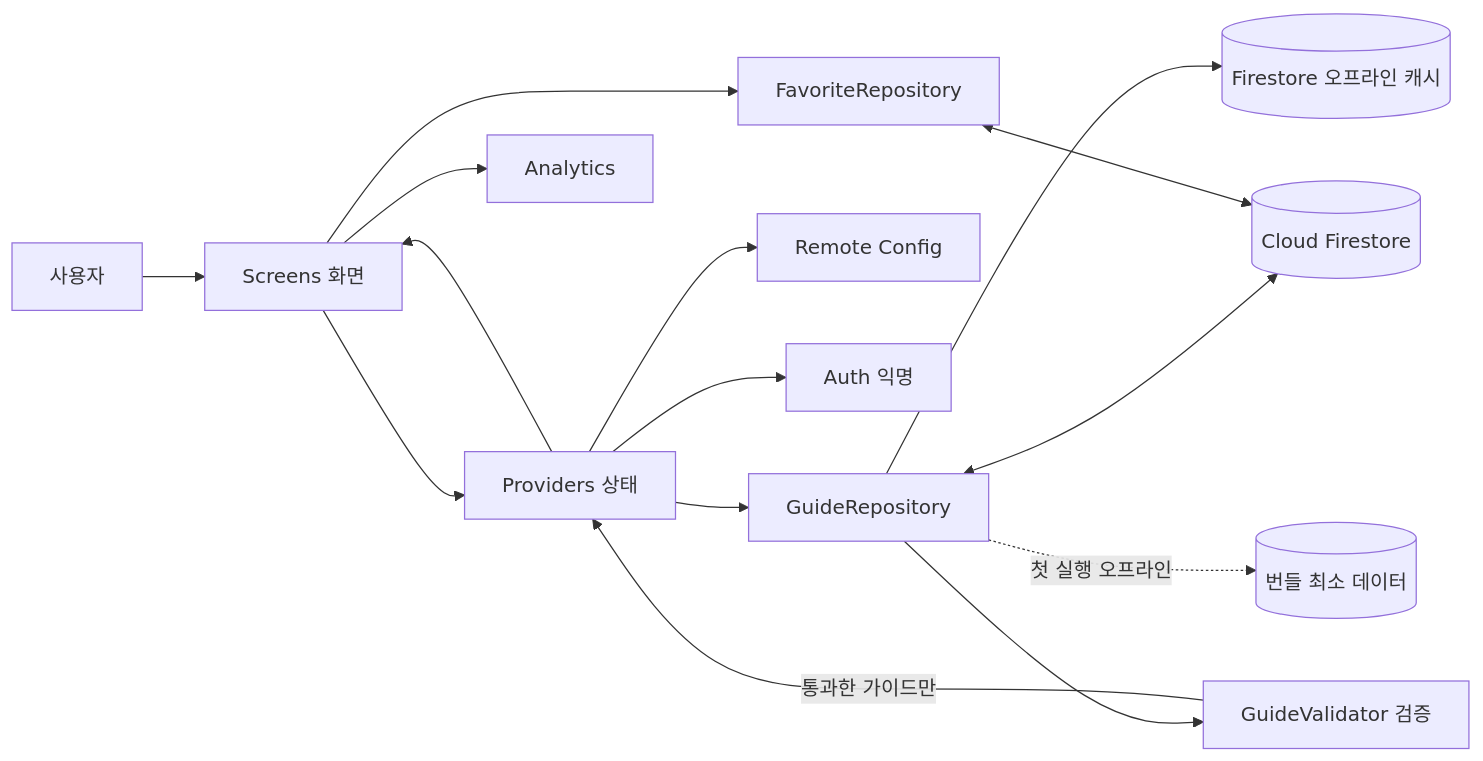
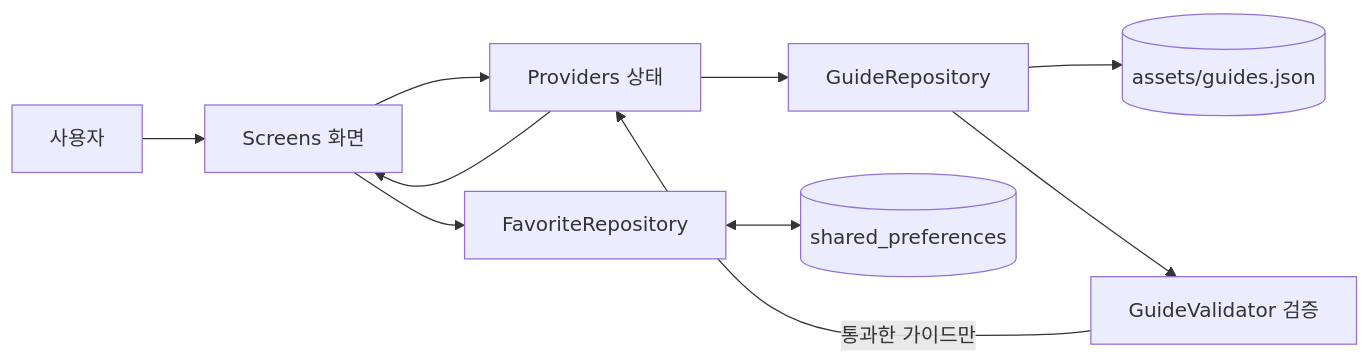
The first of 3 diagrams in docs/TRD.md (sumin1458/TapeFit), drawn with Mermaid before and after one commit. The commit also changed other lines of this file and 1 other file, not shown here.

Commit message:
Rewrite TRD as MVP=bundled JSON (PRD-aligned), Firebase as Phase 2

````diff
--- a/docs/TRD.md
+++ b/docs/TRD.md
@@ -133,17 +114,12 @@
 ```mermaid
 flowchart LR
     U[사용자] --> S[Screens 화면]
     S --> P[Providers 상태]
     P --> R[GuideRepository]
-    R --> C[(Firestore 오프라인 캐시)]
-    R <--> FS[(Cloud Firestore)]
-    R -.첫 실행 오프라인.-> B[(번들 최소 데이터)]
+    R --> B[(assets/guides.json)]
     R --> V[GuideValidator 검증]
     V -->|통과한 가이드만| P
     P --> S
-    P --> RC[Remote Config]
-    P --> A[Auth 익명]
     S --> FR[FavoriteRepository]
-    FR <--> FS
-    S --> AN[Analytics]
+    FR <--> L[(shared_preferences)]
 ```
````
